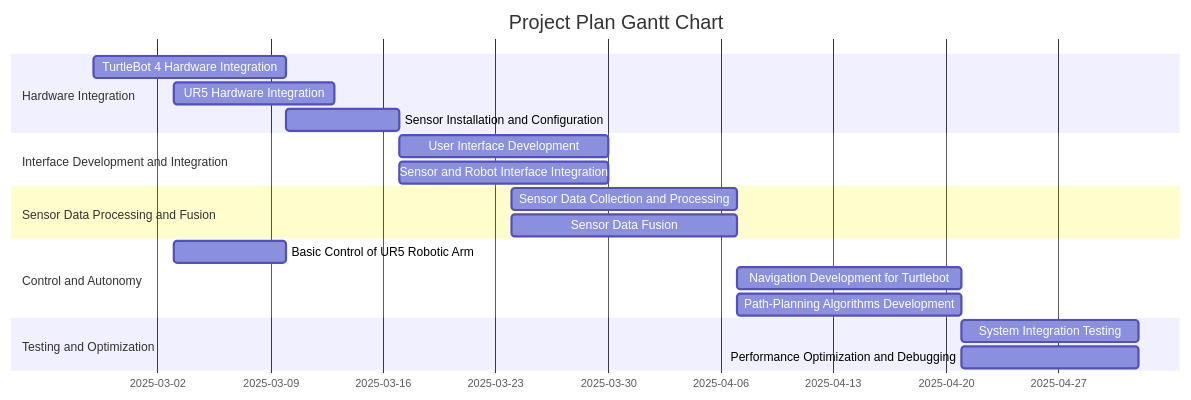
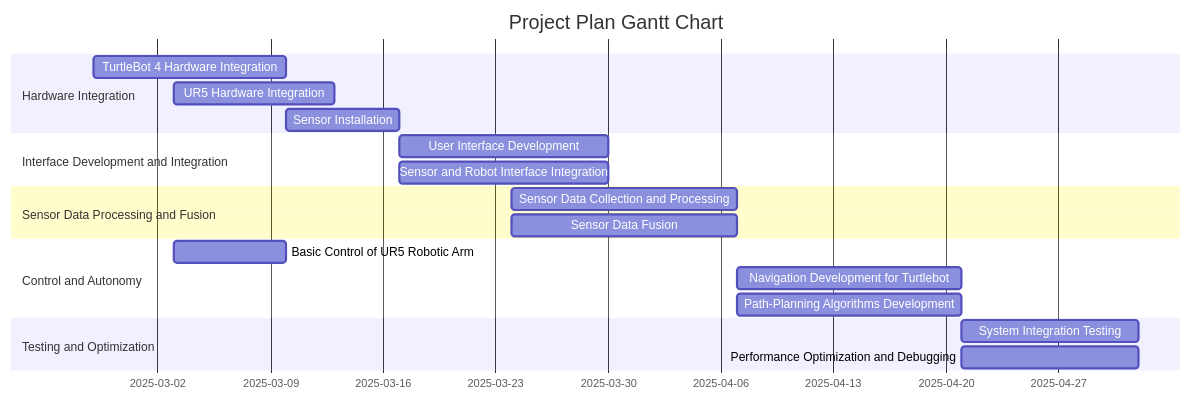
Before and after one commit to RAS598-2025-S-Team12/RAS598-2025-S-Team12.github.io: the diagram in docs/timeline.md, drawn with Mermaid.

````diff
--- a/docs/timeline.md
+++ b/docs/timeline.md
@@ -6,31 +6,31 @@
 ``` mermaid
 
 gantt
     title Project Plan Gantt Chart
     dateFormat  YYYY-MM-DD
 
     section Hardware Integration
     TurtleBot 4 Hardware Integration               :task2_1, 2025-02-26, 2025-03-10
     UR5 Hardware Integration                       :task2_2, 2025-03-03, 2025-03-13
-    Sensor Installation and Configuration          :task2_3, 2025-03-10, 2025-03-17
+    Sensor Installation          :task2_3, 2025-03-10, 2025-03-17
 
     section Interface Development and Integration
     User Interface Development:task3_1, 2025-03-17, 2025-03-30
     Sensor and Robot Interface Integration          :task3_2, 2025-03-17, 2025-03-30
 
     section Sensor Data Processing and Fusion
     Sensor Data Collection and Processing           :task4_1, 2025-03-24, 2025-04-07
     Sensor Data Fusion                              :task4_2, 2025-03-24, 2025-04-07
 
     section Control and Autonomy 
     Basic Control of UR5 Robotic Arm               :task5_1, 2025-03-03, 2025-03-10
     Navigation Development for Turtlebot                 :task5_2, 2025-04-07, 2025-04-21
     Path-Planning Algorithms Development                 :task5_3, 2025-04-07, 2025-04-21
 
     section Testing and Optimization
     System Integration Testing                     :task6_1, 2025-04-21, 2025-05-02
     Performance Optimization and Debugging         :task6_2, 2025-04-21, 2025-05-02
 
 
 
 ```
````
